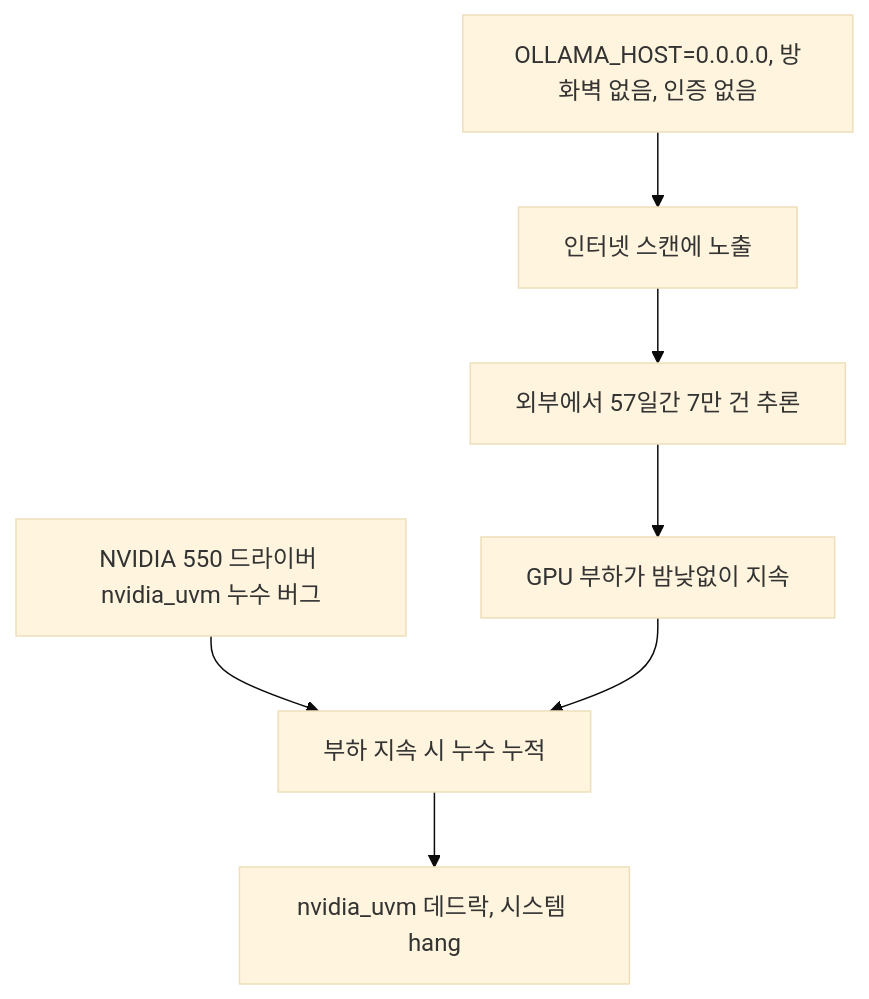
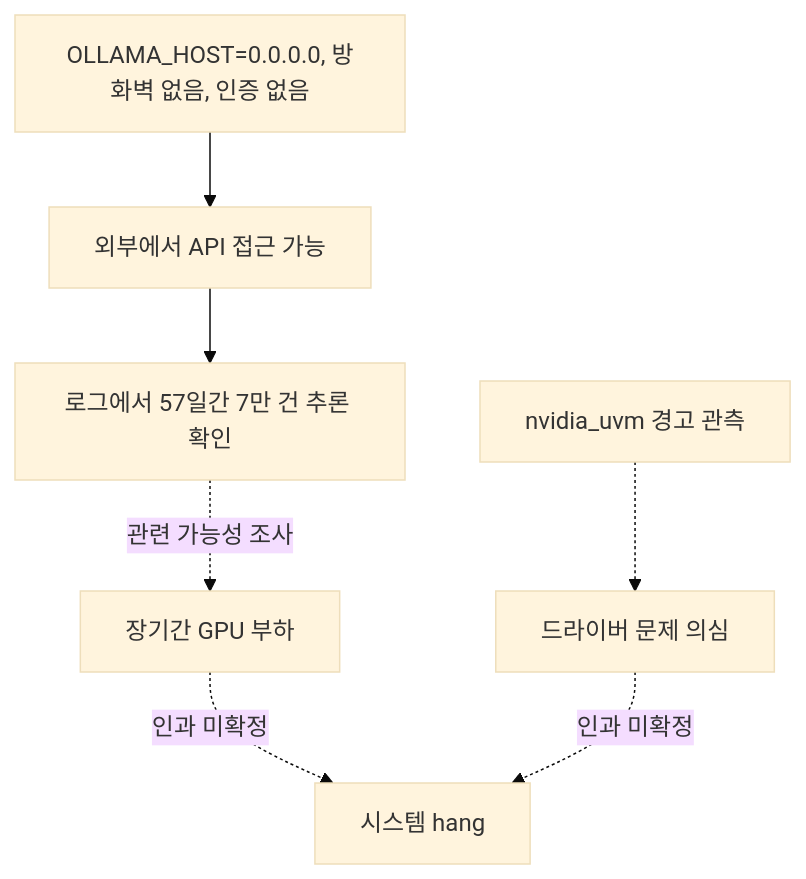
One commit to kukjun/blog changed the diagram in src/content/blog/ko/ollama-exposed-57-days.md. Above: the diagram before and after it, drawn with Mermaid (base theme). The commit also changed other lines of this file and 32 other files, not shown here.

````diff
--- a/src/content/blog/ko/ollama-exposed-57-days.md
+++ b/src/content/blog/ko/ollama-exposed-57-days.md
@@ -78,9 +82,9 @@
 ```mermaid
 flowchart TD
-  A[OLLAMA_HOST=0.0.0.0, 방화벽 없음, 인증 없음] --> B[인터넷 스캔에 노출]
-  B --> C[외부에서 57일간 7만 건 추론]
-  C --> D[GPU 부하가 밤낮없이 지속]
-  E[NVIDIA 550 드라이버 nvidia_uvm 누수 버그] --> F[부하 지속 시 누수 누적]
-  D --> F
-  F --> G[nvidia_uvm 데드락, 시스템 hang]
+  A[OLLAMA_HOST=0.0.0.0, 방화벽 없음, 인증 없음] --> B[외부에서 API 접근 가능]
+  B --> C[로그에서 57일간 7만 건 추론 확인]
+  C -.->|관련 가능성 조사| D[장기간 GPU 부하]
+  E[nvidia_uvm 경고 관측] -.-> F[드라이버 문제 의심]
+  D -.->|인과 미확정| G[시스템 hang]
+  F -.->|인과 미확정| G
 ```
````
